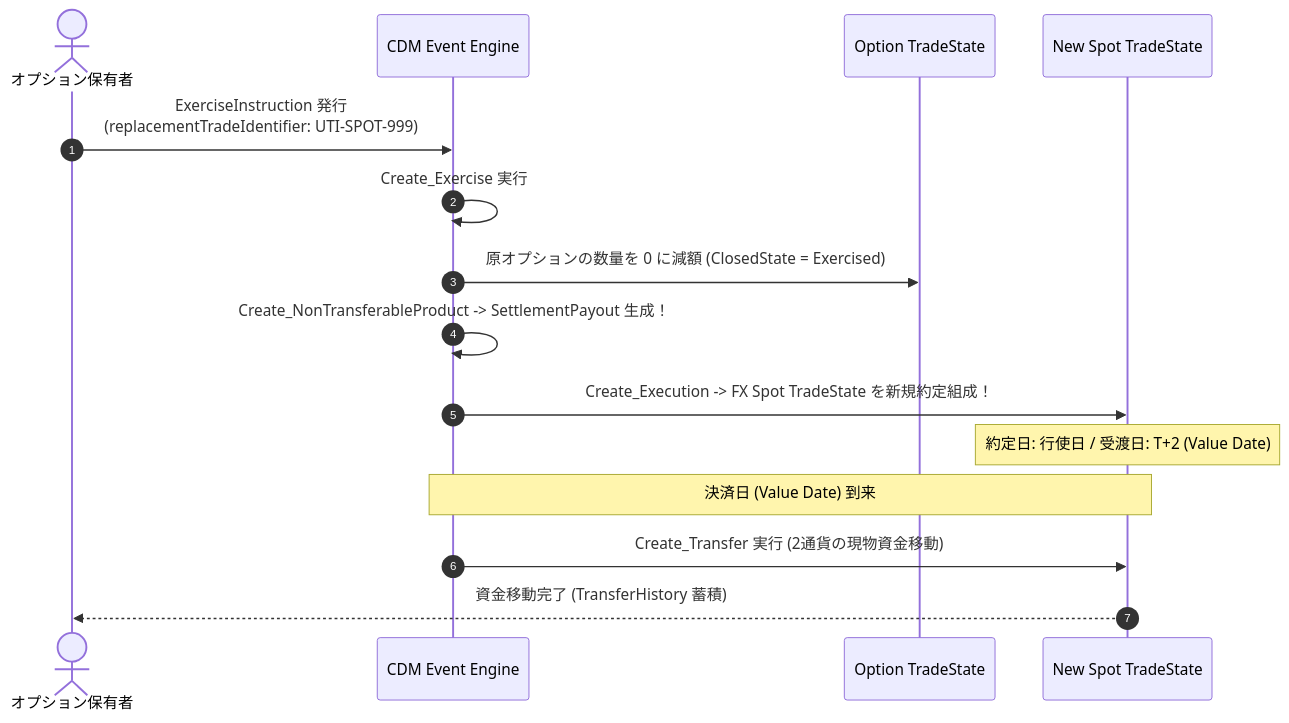
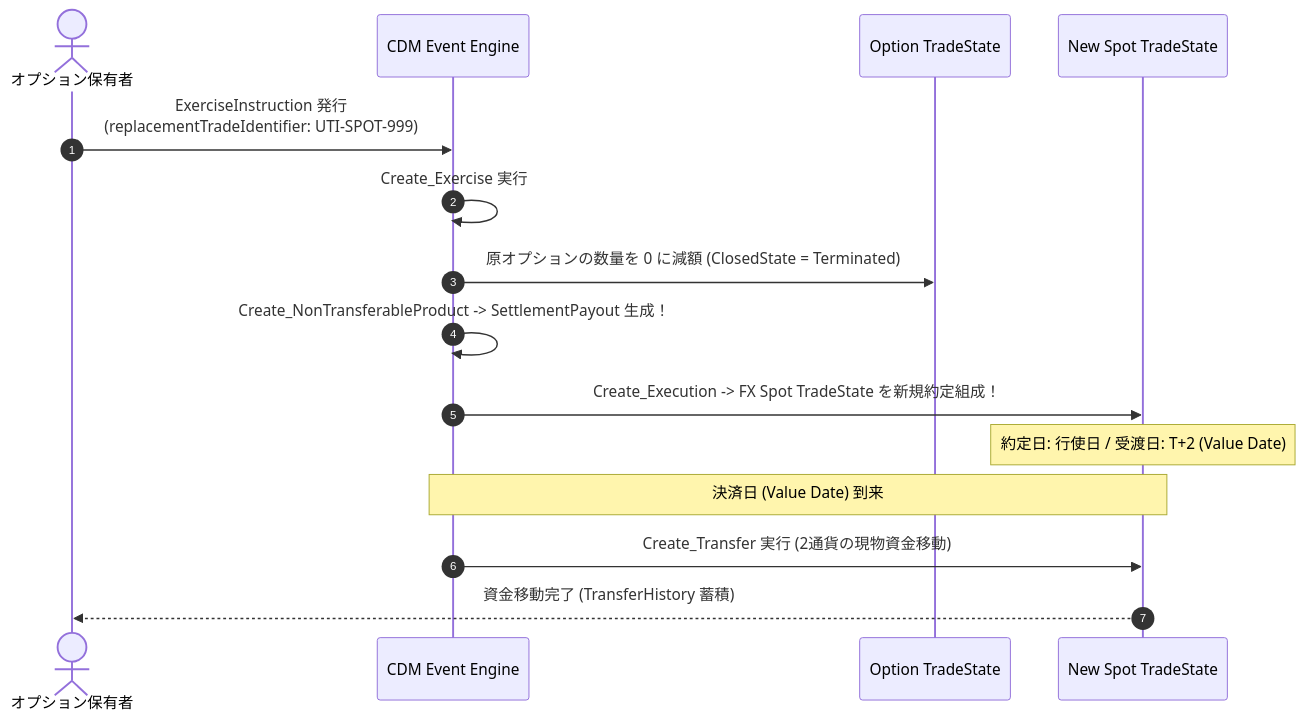
Diagram 14 of 16 in cdm_wiki/concepts/fx_products_and_synthetic_forward.md (matsuuramasakazu/my_cdm_wiki), drawn with Mermaid before and after one commit. The commit also changed other lines of this file and 5 other files, not shown here.

````diff
--- a/cdm_wiki/concepts/fx_products_and_synthetic_forward.md
+++ b/cdm_wiki/concepts/fx_products_and_synthetic_forward.md
@@ -900,19 +927,19 @@
 ```mermaid
 sequenceDiagram
     autonumber
     actor Holder as オプション保有者
     participant CDM as CDM Event Engine
     participant OptTrade as Option TradeState
     participant SpotTrade as New Spot TradeState
 
     Holder->>CDM: ExerciseInstruction 発行<br>(replacementTradeIdentifier: UTI-SPOT-999)
     CDM->>CDM: Create_Exercise 実行
-    CDM->>OptTrade: 原オプションの数量を 0 に減額 (ClosedState = Exercised)
+    CDM->>OptTrade: 原オプションの数量を 0 に減額 (ClosedState = Terminated)
     CDM->>CDM: Create_NonTransferableProduct -> SettlementPayout 生成！
     CDM->>SpotTrade: Create_Execution -> FX Spot TradeState を新規約定組成！
     Note over SpotTrade: 約定日: 行使日 / 受渡日: T+2 (Value Date)
     
     Note over CDM, SpotTrade: 決済日 (Value Date) 到来
     CDM->>SpotTrade: Create_Transfer 実行 (2通貨の現物資金移動)
     SpotTrade-->>Holder: 資金移動完了 (TransferHistory 蓄積)
 ```
````
